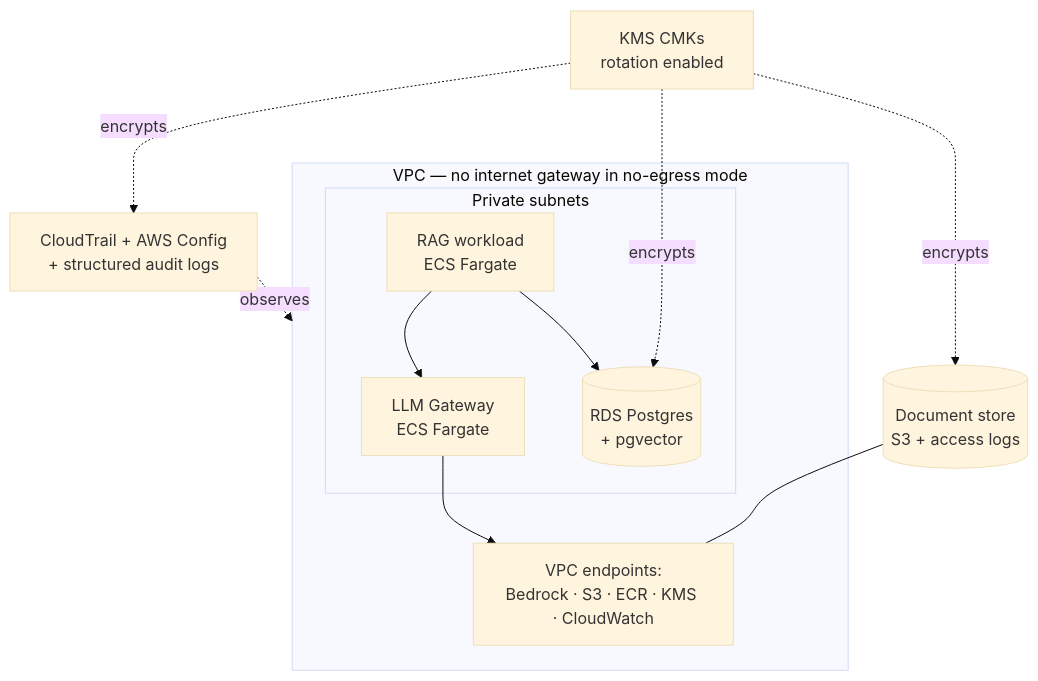
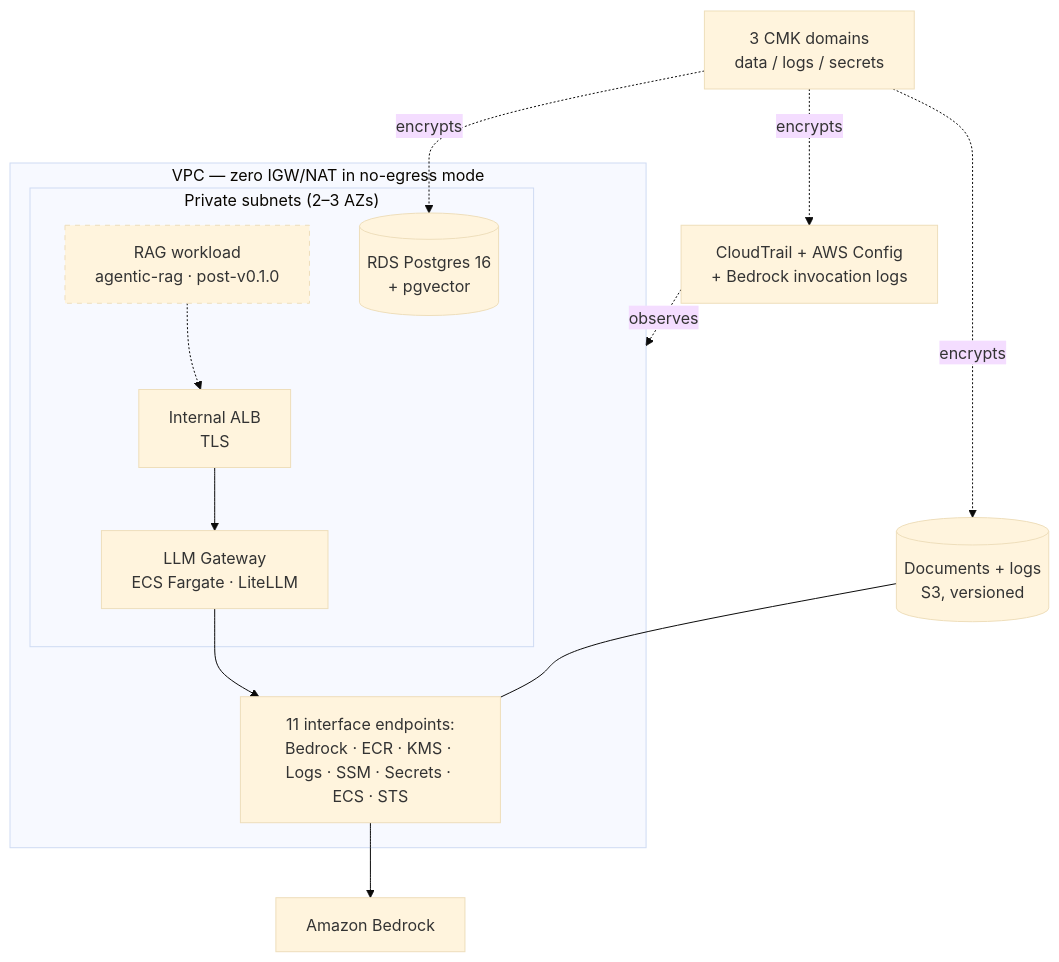
The diagram in README.md (uehlingeric/federal-llm-blueprint), drawn with Mermaid (base theme) before and after one commit. The commit also changed other lines of this file and 1 other file, not shown here.

````diff
--- a/README.md
+++ b/README.md
@@ -13,17 +11,17 @@
 ```mermaid
 flowchart TB
-    subgraph VPC [VPC — no internet gateway in no-egress mode]
-        subgraph Private [Private subnets]
-            GW[LLM Gateway<br/>ECS Fargate]
-            APP[RAG workload<br/>ECS Fargate]
-            DB[(RDS Postgres<br/>+ pgvector)]
+    subgraph VPC ["VPC — zero IGW/NAT in no-egress mode"]
+        subgraph Private ["Private subnets (2–3 AZs)"]
+            ALB[Internal ALB<br/>TLS] --> GW[LLM Gateway<br/>ECS Fargate · LiteLLM]
+            APP[RAG workload<br/>agentic-rag · post-v0.1.0]:::planned -.-> ALB
+            DB[(RDS Postgres 16<br/>+ pgvector)]
         end
-        EP[VPC endpoints:<br/>Bedrock · S3 · ECR · KMS · CloudWatch]
+        EP[11 interface endpoints:<br/>Bedrock · ECR · KMS · Logs · SSM · Secrets · ECS · STS]
+        GW --> EP
     end
-    APP --> GW
-    GW --> EP
-    APP --> DB
-    S3[(Document store<br/>S3 + access logs)] --- EP
-    AUDIT[CloudTrail + AWS Config<br/>+ structured audit logs] -.observes.-> VPC
-    KMS[KMS CMKs<br/>rotation enabled] -.encrypts.-> DB & S3 & AUDIT
+    EP --> BR[Amazon Bedrock]
+    S3[(Documents + logs<br/>S3, versioned)] --- EP
+    AUDIT[CloudTrail + AWS Config<br/>+ Bedrock invocation logs] -.observes.-> VPC
+    KMS[3 CMK domains<br/>data / logs / secrets] -.encrypts.-> DB & S3 & AUDIT
+    classDef planned stroke-dasharray: 5 5
 ```
````
